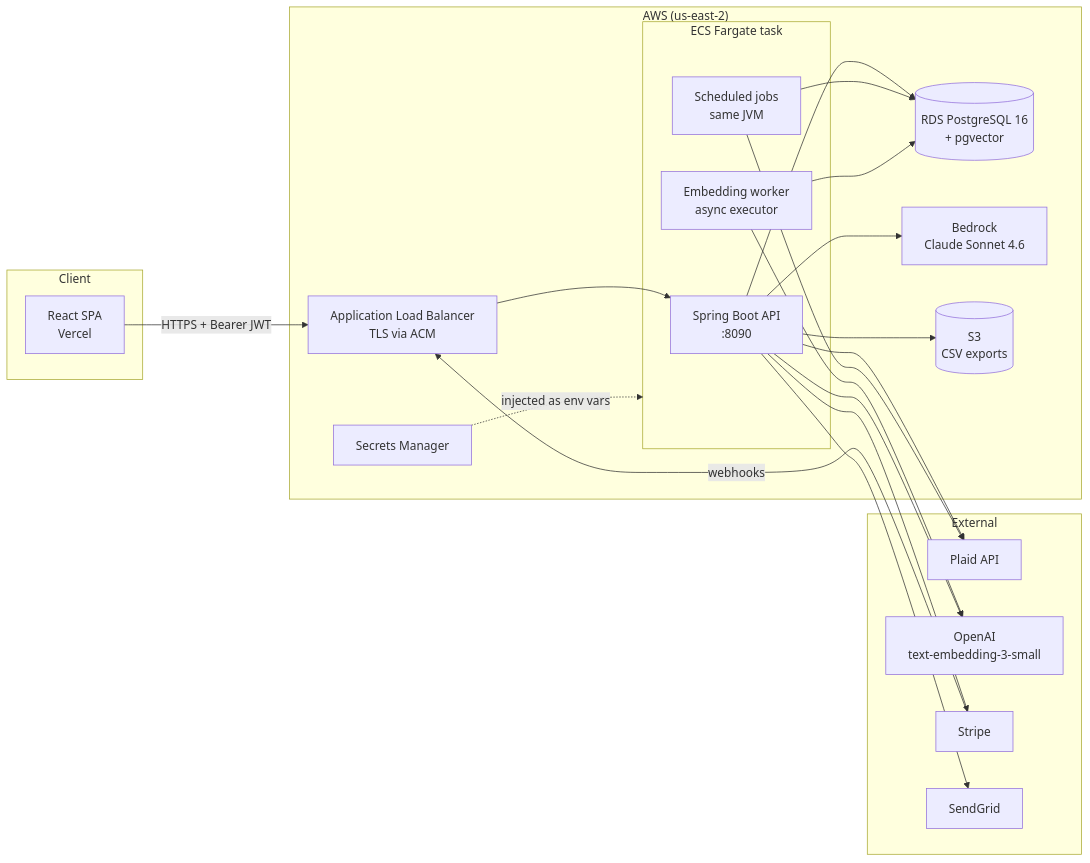
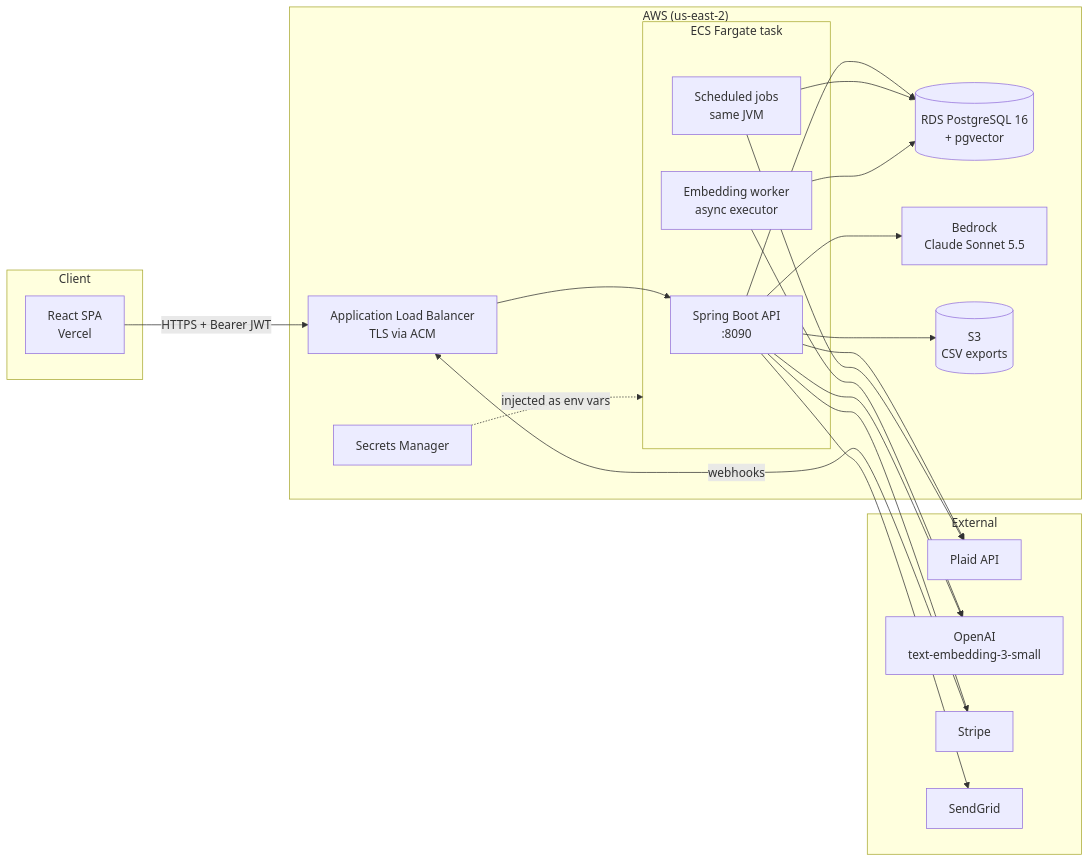
The first of 8 diagrams in docs/SYSTEM_DESIGN.md (TechByChibuzo/finance-coach-backend), drawn with Mermaid before and after one commit. The commit also changed other lines of this file and 6 other files, not shown here.

First line of the commit message:
feat(ai): run the coach on Claude Sonnet 5.5

````diff
--- a/docs/SYSTEM_DESIGN.md
+++ b/docs/SYSTEM_DESIGN.md
@@ -24,41 +24,41 @@
 ```mermaid
 flowchart LR
     subgraph Client
         FE[React SPA<br/>Vercel]
     end
 
     subgraph AWS["AWS (us-east-2)"]
         ALB[Application Load Balancer<br/>TLS via ACM]
         subgraph ECS["ECS Fargate task"]
             API[Spring Boot API<br/>:8090]
             SCHED[Scheduled jobs<br/>same JVM]
             ASYNC[Embedding worker<br/>async executor]
         end
         RDS[(RDS PostgreSQL 16<br/>+ pgvector)]
-        BR[Bedrock<br/>Claude Sonnet 4.6]
+        BR[Bedrock<br/>Claude Sonnet 5.5]
         S3[(S3<br/>CSV exports)]
         SM[Secrets Manager]
     end
 
     subgraph External
         PLAID[Plaid API]
         OAI[OpenAI<br/>text-embedding-3-small]
         STRIPE[Stripe]
         SG[SendGrid]
     end
 
     FE -- HTTPS + Bearer JWT --> ALB --> API
     API --> RDS
     SCHED --> RDS
     ASYNC --> RDS
     API --> BR
     ASYNC --> OAI
     API --> OAI
     API --> PLAID
     SCHED --> PLAID
     API --> STRIPE
     STRIPE -- webhooks --> ALB
     API --> SG
     API --> S3
     SM -. injected as env vars .-> ECS
 ```
````
